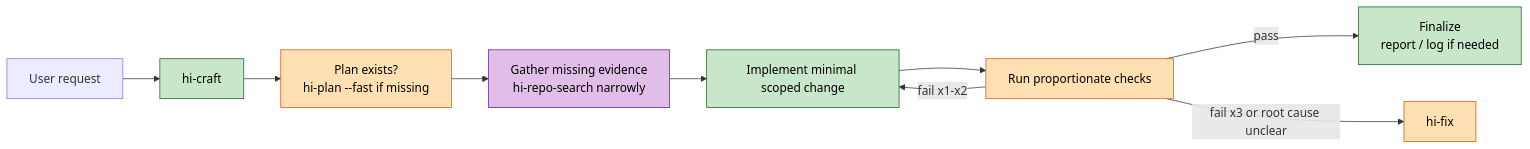
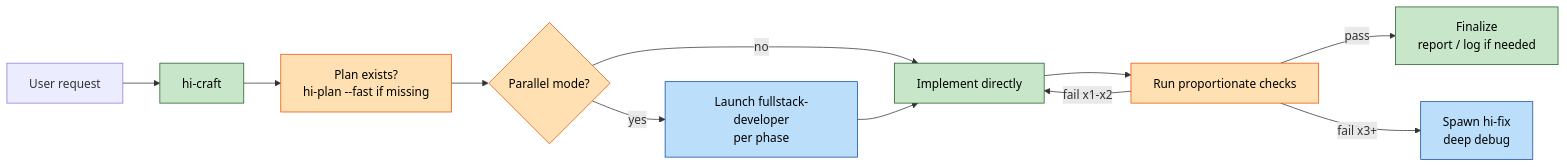
Before and after one commit to baka3k/dev-kit: the second of 5 diagrams in README.md, drawn with Mermaid. The commit also changed other lines of this file, not shown here.

````diff
--- a/README.md
+++ b/README.md
@@ -304,18 +345,20 @@
 ```mermaid
 graph LR
     A["User request"] --> B["hi-craft"]
     B --> C["Plan exists?<br/>hi-plan --fast if missing"]
-    C --> D["Gather missing evidence<br/>hi-repo-search narrowly"]
-    D --> E["Implement minimal scoped change"]
+    C --> D{"Parallel mode?"}
+    D -->|no| E["Implement directly"]
+    D -->|yes| P["Launch fullstack-developer<br/>per phase"]
+    P --> E
     E --> F["Run proportionate checks"]
     F -->|pass| G["Finalize<br/>report / log if needed"]
     F -->|fail x1-x2| E
-    F -->|fail x3 or root cause unclear| H["hi-fix"]
+    F -->|fail x3+| H["Spawn hi-fix<br/>deep debug"]
 
     classDef primary fill:#c8e6c9,stroke:#1b5e20,color:#000
-    classDef evidence fill:#e1bee7,stroke:#6a1b9a,color:#000
+    classDef delegated fill:#bbdefb,stroke:#0d47a1,color:#000
     classDef gate fill:#ffe0b2,stroke:#e65100,color:#000
     class B,E,G primary
-    class D evidence
-    class C,F,H gate
+    class P,H delegated
+    class C,D,F gate
 ```
````
